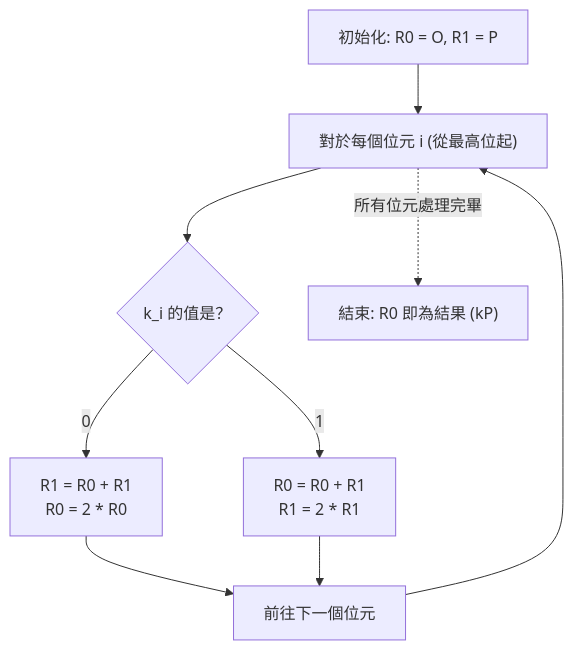
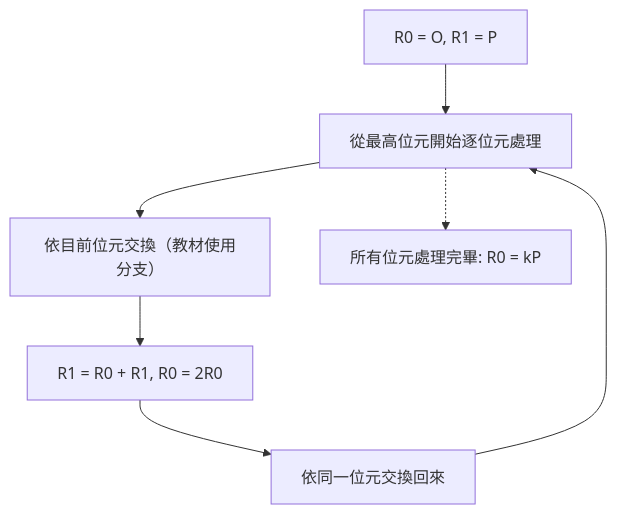
One commit to kenjinote/blog changed the second of 3 diagrams in content/post/楕円曲線暗号の数学的基礎とcppでの実装/index.zh-tw.md. Above: the diagram before and after it, drawn with Mermaid. The commit also changed other lines of this file and 8 other files, not shown here.

````diff
--- a/content/post/楕円曲線暗号の数学的基礎とcppでの実装/index.zh-tw.md
+++ b/content/post/楕円曲線暗号の数学的基礎とcppでの実装/index.zh-tw.md
@@ -253,14 +106,9 @@
 ```mermaid
 graph TD
-    Start["初始化: R0 = O, R1 = P"] --> LoopStart["對於每個位元 i (從最高位起)"]
-    LoopStart --> Cond{"k_i 的值是？"}
-    
-    Cond -->|"0"| Branch0["R1 = R0 + R1<br>R0 = 2 * R0"]
-    Cond -->|"1"| Branch1["R0 = R0 + R1<br>R1 = 2 * R1"]
-    
-    Branch0 --> LoopEnd["前往下一個位元"]
-    Branch1 --> LoopEnd
-    
-    LoopEnd --> LoopStart
-    LoopStart -.->|"所有位元處理完畢"| End["結束: R0 即為結果 (kP)"]
+    A["R0 = O, R1 = P"] --> B["從最高位元開始逐位元處理"]
+    B --> C["依目前位元交換（教材使用分支）"]
+    C --> D["R1 = R0 + R1, R0 = 2R0"]
+    D --> E["依同一位元交換回來"]
+    E --> B
+    B -.-> F["所有位元處理完畢: R0 = kP"]
 ```
````
